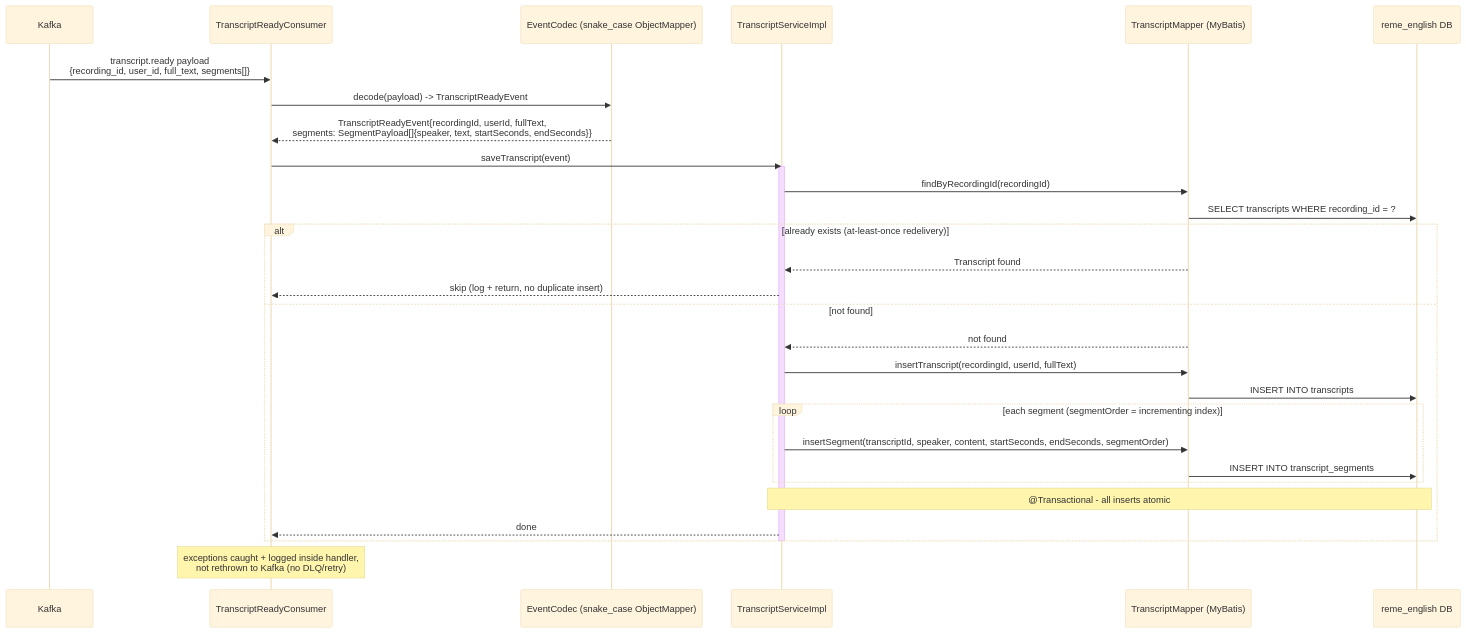
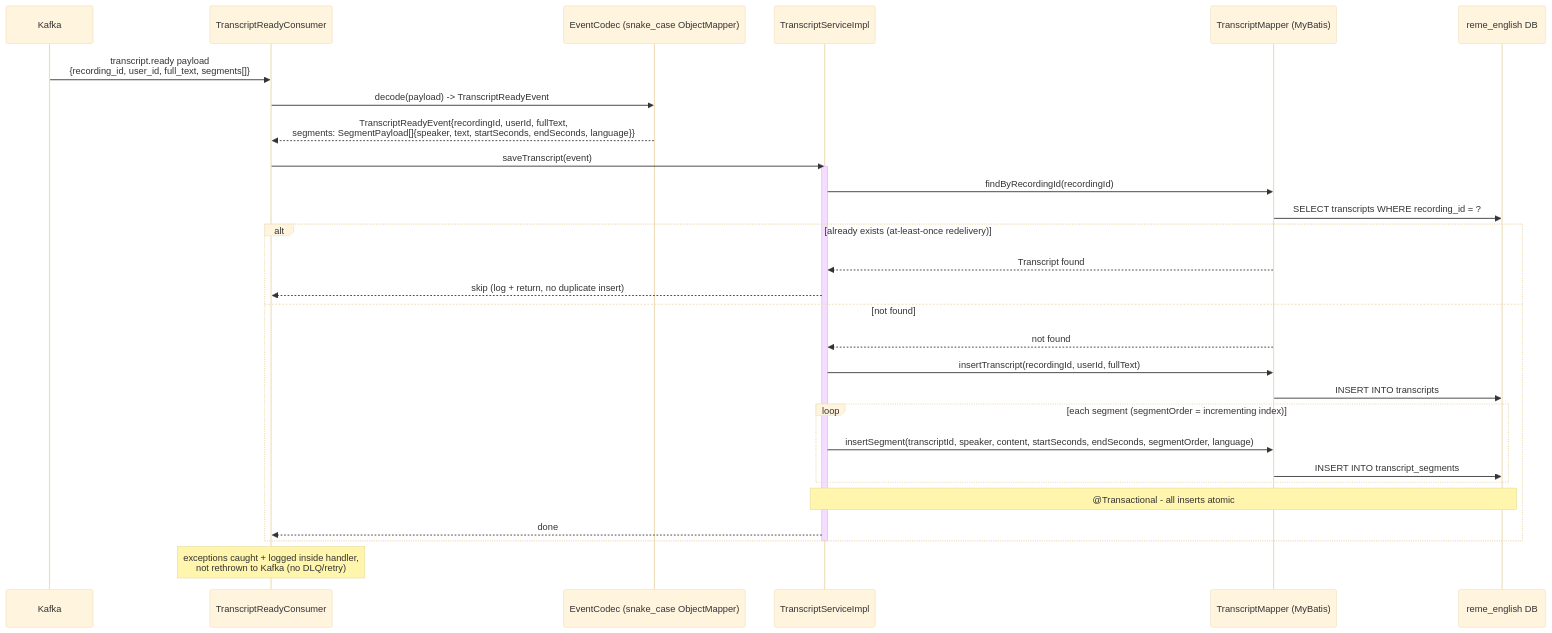
The diagram in docs/sequence/English_service/english-transcript-ready.md (CuongNguyen13/RemeLearning), drawn with Mermaid before and after one commit. The commit also changed other lines of this file and 90 other files, not shown here.

````diff
--- a/docs/sequence/English_service/english-transcript-ready.md
+++ b/docs/sequence/English_service/english-transcript-ready.md
@@ -7,42 +7,42 @@
 ```mermaid
 ---
 config:
   theme: base
   themeVariables:
     background: '#ffffff'
 ---
 sequenceDiagram
     participant Kafka
     participant Consumer as TranscriptReadyConsumer
     participant Codec as EventCodec (snake_case ObjectMapper)
     participant Svc as TranscriptServiceImpl
     participant Mapper as TranscriptMapper (MyBatis)
     participant DB as reme_english DB
 
     Kafka->>Consumer: transcript.ready payload<br/>{recording_id, user_id, full_text, segments[]}
     Consumer->>Codec: decode(payload) -> TranscriptReadyEvent
-    Codec-->>Consumer: TranscriptReadyEvent{recordingId, userId, fullText,<br/>segments: SegmentPayload[]{speaker, text, startSeconds, endSeconds}}
+    Codec-->>Consumer: TranscriptReadyEvent{recordingId, userId, fullText,<br/>segments: SegmentPayload[]{speaker, text, startSeconds, endSeconds, language}}
 
     Consumer->>Svc: saveTranscript(event)
     activate Svc
     Svc->>Mapper: findByRecordingId(recordingId)
     Mapper->>DB: SELECT transcripts WHERE recording_id = ?
 
     alt already exists (at-least-once redelivery)
         Mapper-->>Svc: Transcript found
         Svc-->>Consumer: skip (log + return, no duplicate insert)
     else not found
         Mapper-->>Svc: not found
         Svc->>Mapper: insertTranscript(recordingId, userId, fullText)
         Mapper->>DB: INSERT INTO transcripts
         loop each segment (segmentOrder = incrementing index)
-            Svc->>Mapper: insertSegment(transcriptId, speaker, content, startSeconds, endSeconds, segmentOrder)
+            Svc->>Mapper: insertSegment(transcriptId, speaker, content, startSeconds, endSeconds, segmentOrder, language)
             Mapper->>DB: INSERT INTO transcript_segments
         end
         Note over Svc,DB: @Transactional - all inserts atomic
         Svc-->>Consumer: done
     end
     deactivate Svc
 
     Note over Consumer: exceptions caught + logged inside handler,<br/>not rethrown to Kafka (no DLQ/retry)
 ```
````
